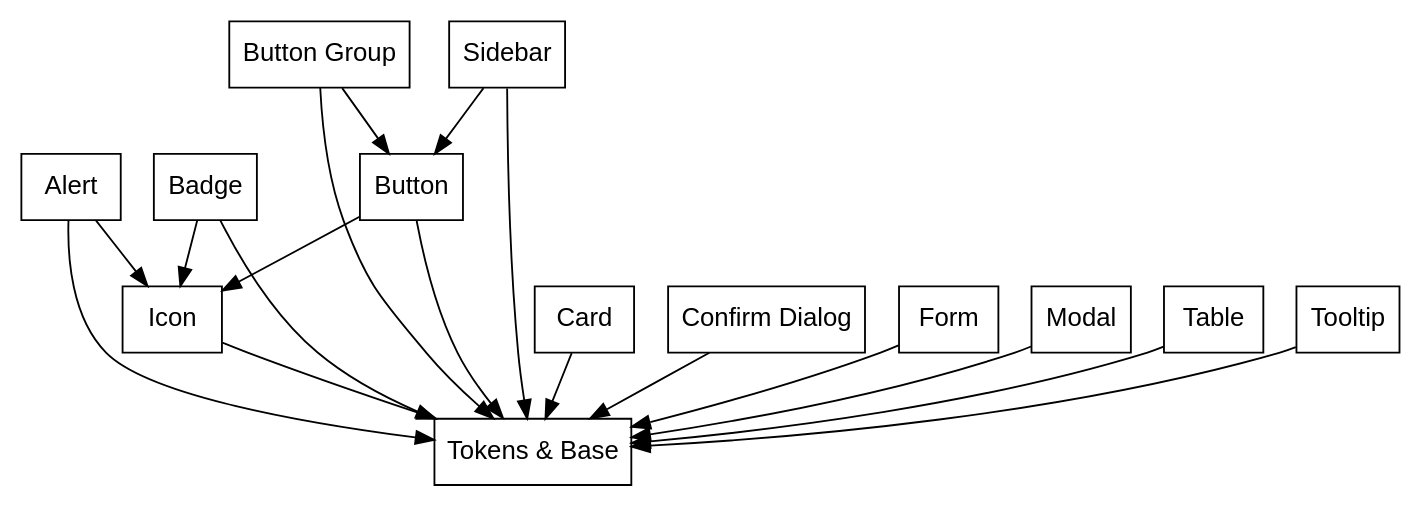
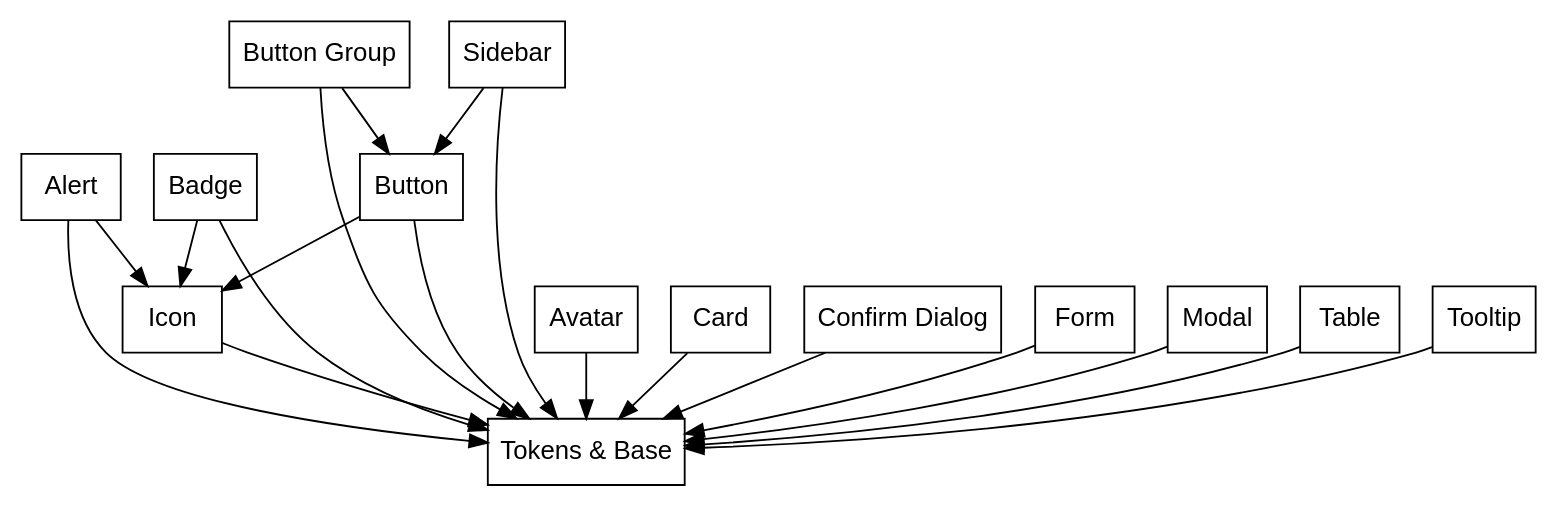
The diagram in tools/generate-graph.dot (RoleModel/optics), drawn with Graphviz before and after one commit. The commit also changed 6 other files, not shown here.

```diff
--- a/tools/generate-graph.dot
+++ b/tools/generate-graph.dot
@@ -1,29 +1,30 @@
 digraph dependencies {
   fontname = "Helvetica,Arial,sans-serif";
   node [fontname = "Helvetica,Arial,sans-serif";];
   edge [fontname = "Helvetica,Arial,sans-serif";];
   node [shape = box;];
   "Tokens & Base";
   "Alert" -> "Tokens & Base";
   "Alert" -> "Icon";
   
   "Badge" -> "Tokens & Base";
   "Badge" -> "Icon";
   
   "Button" -> "Tokens & Base";
   "Button" -> "Icon";
   
   "Button Group" -> "Tokens & Base";
   "Button Group" -> "Button";
   
   "Sidebar" -> "Tokens & Base";
   "Sidebar" -> "Button";
   
+  "Avatar" -> "Tokens & Base";
   "Card" -> "Tokens & Base";
   "Confirm Dialog" -> "Tokens & Base";
   "Form" -> "Tokens & Base";
   "Icon" -> "Tokens & Base";
   "Modal" -> "Tokens & Base";
   "Table" -> "Tokens & Base";
   "Tooltip" -> "Tokens & Base";
 }
```
